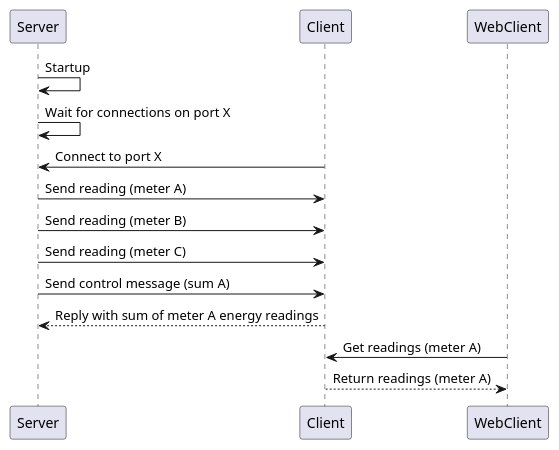
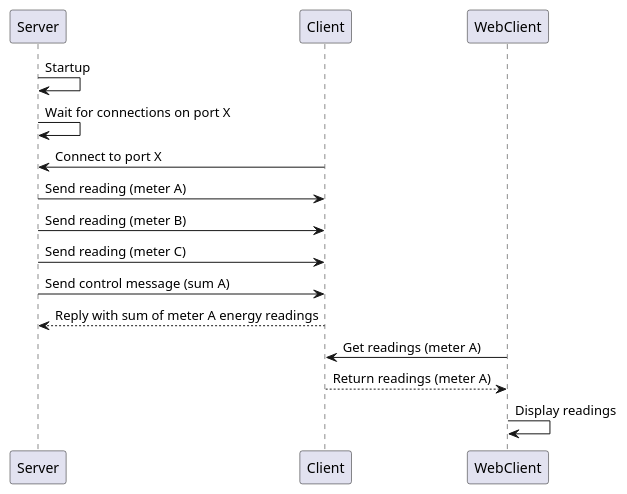
One commit to fresh-energy/coding-challenge changed the diagram in docs/system.puml. Above: the diagram before and after it, drawn with PlantUML. The commit also changed 1 other file, not shown here.

```diff
--- a/docs/system.puml
+++ b/docs/system.puml
@@ -1,16 +1,17 @@
 @startuml
 
 Server -> Server: Startup
 Server -> Server: Wait for connections on port X
 
 Client -> Server: Connect to port X
 
 Server -> Client: Send reading (meter A)
 Server -> Client: Send reading (meter B)
 Server -> Client: Send reading (meter C)
 Server -> Client: Send control message (sum A)
 Client --> Server: Reply with sum of meter A energy readings
 
 WebClient -> Client: Get readings (meter A)
 Client --> WebClient: Return readings (meter A)
+WebClient -> WebClient: Display readings
 @enduml
```
